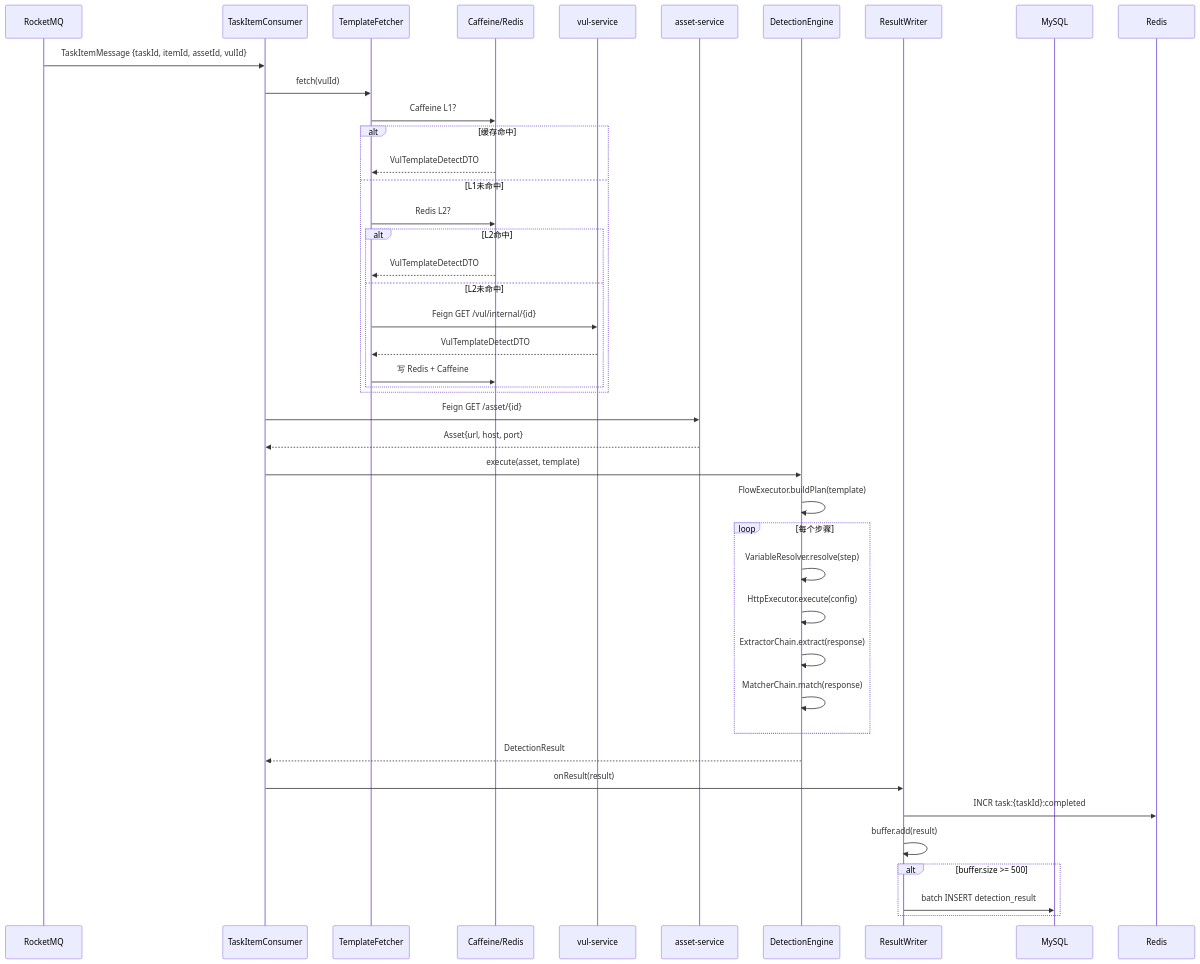
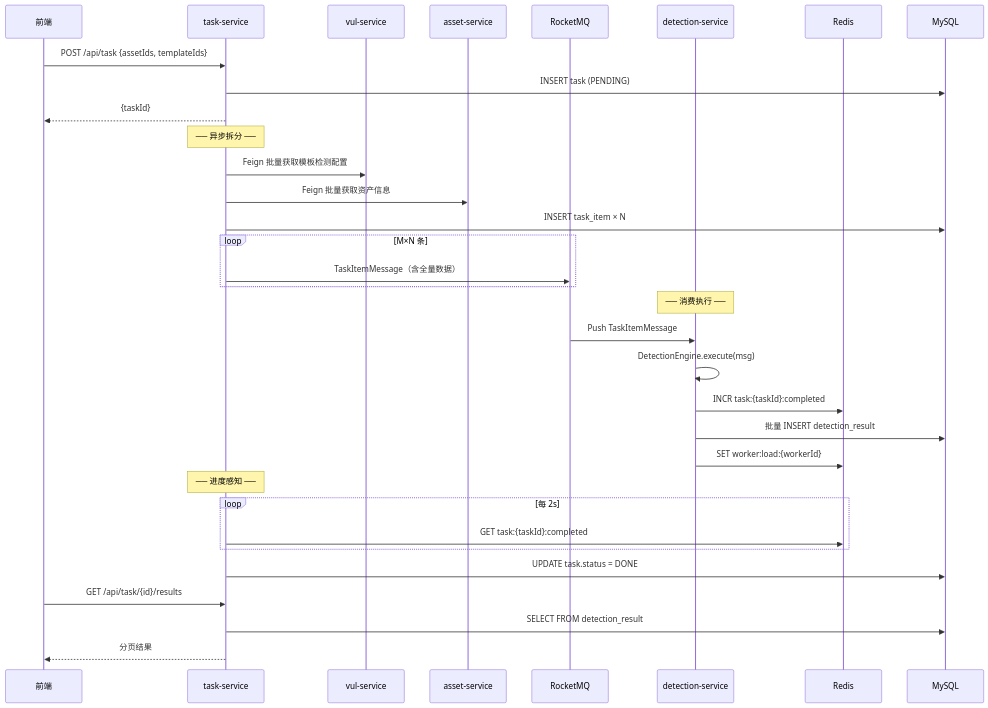
One commit to spojchil/hawkeye-cloud changed the third of 3 diagrams in docs/漏洞和检测接口与架构设计.md. Above: the diagram before and after it, drawn with Mermaid. The commit also changed other lines of this file, not shown here.

First line of the commit message:
docs: 更新架构设计文档，对齐 task-service 为调度核心 + detection 为纯 Worker

````diff
--- a/docs/漏洞和检测接口与架构设计.md
+++ b/docs/漏洞和检测接口与架构设计.md
@@ -760,52 +776,44 @@
 ```mermaid
 sequenceDiagram
-    participant RMQ as RocketMQ
-    participant Consumer as TaskItemConsumer
-    participant Fetcher as TemplateFetcher
-    participant Cache as Caffeine/Redis
+    participant User as 前端
+    participant Task as task-service
     participant Vul as vul-service
     participant Asset as asset-service
-    participant Engine as DetectionEngine
-    participant Writer as ResultWriter
+    participant RMQ as RocketMQ
+    participant Worker as detection-service
+    participant RDS as Redis
     participant DB as MySQL
-    participant RDS as Redis
 
-    RMQ->>Consumer: TaskItemMessage {taskId, itemId, assetId, vulId}
+    User->>Task: POST /api/task {assetIds, templateIds}
+    Task->>DB: INSERT task (PENDING)
+    Task-->>User: {taskId}
 
-    Consumer->>Fetcher: fetch(vulId)
-    Fetcher->>Cache: Caffeine L1?
-    alt 缓存命中
-        Cache-->>Fetcher: VulTemplateDetectDTO
-    else L1未命中
-        Fetcher->>Cache: Redis L2?
-        alt L2命中
-            Cache-->>Fetcher: VulTemplateDetectDTO
-        else L2未命中
-            Fetcher->>Vul: Feign GET /vul/internal/{id}
-            Vul-->>Fetcher: VulTemplateDetectDTO
-            Fetcher->>Cache: 写 Redis + Caffeine
-        end
+    Note over Task: ── 异步拆分 ──
+
+    Task->>Vul: Feign 批量获取模板检测配置
+    Task->>Asset: Feign 批量获取资产信息
+    Task->>DB: INSERT task_item × N
+
+    loop M×N 条
+        Task->>RMQ: TaskItemMessage（含全量数据）
     end
 
-    Consumer->>Asset: Feign GET /asset/{id}
-    Asset-->>Consumer: Asset{url, host, port}
+    Note over Worker: ── 消费执行 ──
 
-    Consumer->>Engine: execute(asset, template)
+    RMQ->>Worker: Push TaskItemMessage
+    Worker->>Worker: DetectionEngine.execute(msg)
+    Worker->>RDS: INCR task:{taskId}:completed
+    Worker->>DB: 批量 INSERT detection_result
+    Worker->>RDS: SET worker:load:{workerId}
 
-    Engine->>Engine: FlowExecutor.buildPlan(template)
-    loop 每个步骤
-        Engine->>Engine: VariableResolver.resolve(step)
-        Engine->>Engine: HttpExecutor.execute(config)
-        Engine->>Engine: ExtractorChain.extract(response)
-        Engine->>Engine: MatcherChain.match(response)
+    Note over Task: ── 进度感知 ──
+
+    loop 每 2s
+        Task->>RDS: GET task:{taskId}:completed
     end
+    Task->>DB: UPDATE task.status = DONE
 
-    Engine-->>Consumer: DetectionResult
-
-    Consumer->>Writer: onResult(result)
-    Writer->>RDS: INCR task:{taskId}:completed
-    Writer->>Writer: buffer.add(result)
-    alt buffer.size >= 500
-        Writer->>DB: batch INSERT detection_result
-    end
+    User->>Task: GET /api/task/{id}/results
+    Task->>DB: SELECT FROM detection_result
+    Task-->>User: 分页结果
 ```
````
